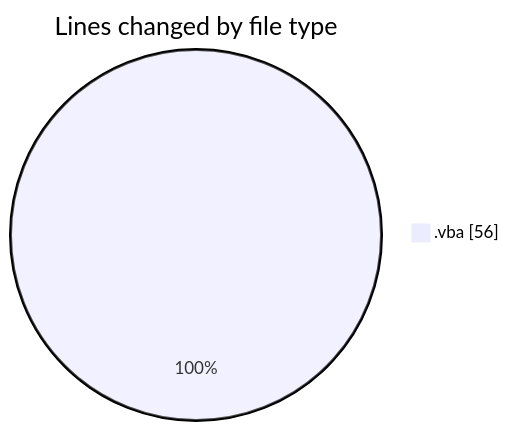
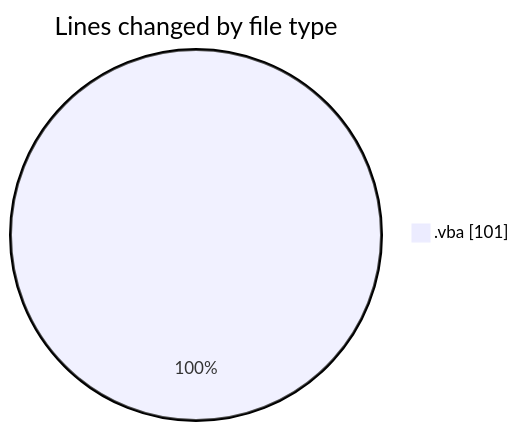
One commit to debugP/code-tracking changed the first of 2 diagrams in 2025-09-29/download/README.md. Above: the diagram before and after it, drawn with Mermaid. The commit also changed other lines of this file and 1 other file, not shown here.

````diff
--- a/2025-09-29/download/README.md
+++ b/2025-09-29/download/README.md
@@ -20,5 +20,5 @@
 ```mermaid
 pie showData
 title Lines changed by file type
-".vba" : 56
+".vba" : 101
 ```
````
